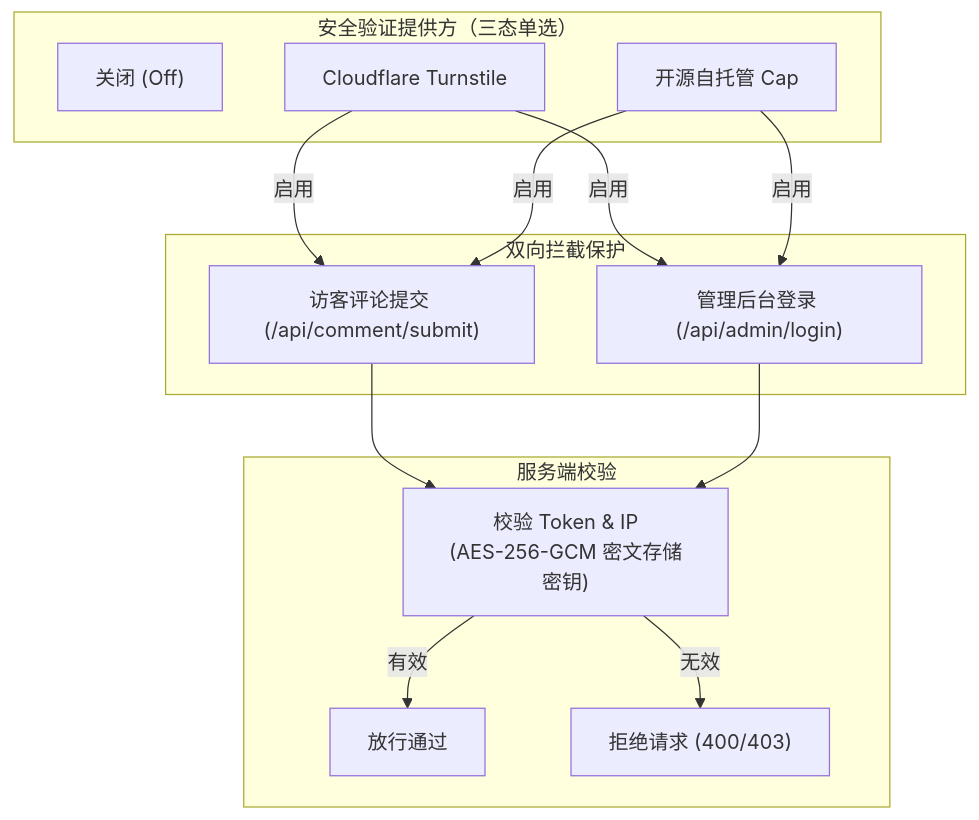
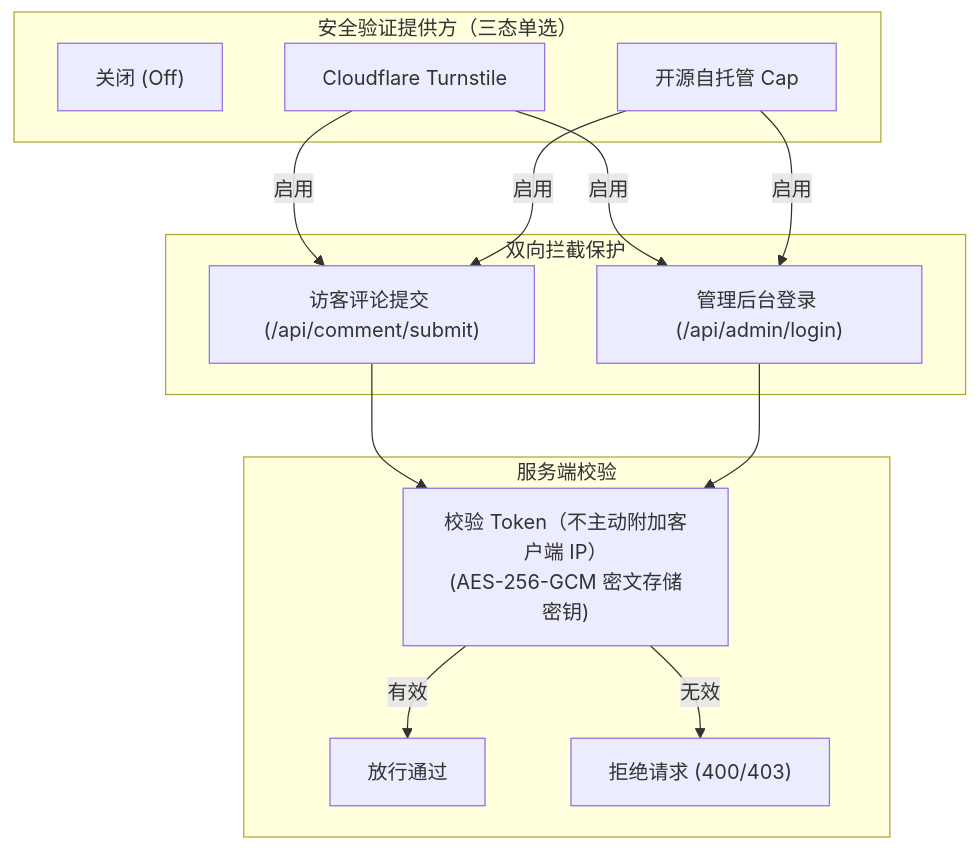
Before and after one commit to DejavuMoe/Ecoku: the diagram in docs/self-hosting/admin.md, drawn with Mermaid. The commit also changed other lines of this file and 76 other files, not shown here.

````diff
--- a/docs/self-hosting/admin.md
+++ b/docs/self-hosting/admin.md
@@ -80,28 +76,28 @@
 ```mermaid
 graph TD
     subgraph Provider["安全验证提供方（三态单选）"]
         P1["关闭 (Off)"]
         P2["Cloudflare Turnstile"]
         P3["开源自托管 Cap"]
     end
 
     subgraph Protection["双向拦截保护"]
         Visitor["访客评论提交 (/api/comment/submit)"]
         Admin["管理后台登录 (/api/admin/login)"]
     end
 
     subgraph Verification["服务端校验"]
-        VerifyToken["校验 Token & IP<br/>(AES-256-GCM 密文存储密钥)"]
+        VerifyToken["校验 Token（不主动附加客户端 IP）<br/>(AES-256-GCM 密文存储密钥)"]
         Pass["放行通过"]
         Reject["拒绝请求 (400/403)"]
     end
 
     P2 -->|启用| Visitor
     P2 -->|启用| Admin
     P3 -->|启用| Visitor
     P3 -->|启用| Admin
     Visitor --> VerifyToken
     Admin --> VerifyToken
     VerifyToken -->|有效| Pass
     VerifyToken -->|无效| Reject
 ```
````
